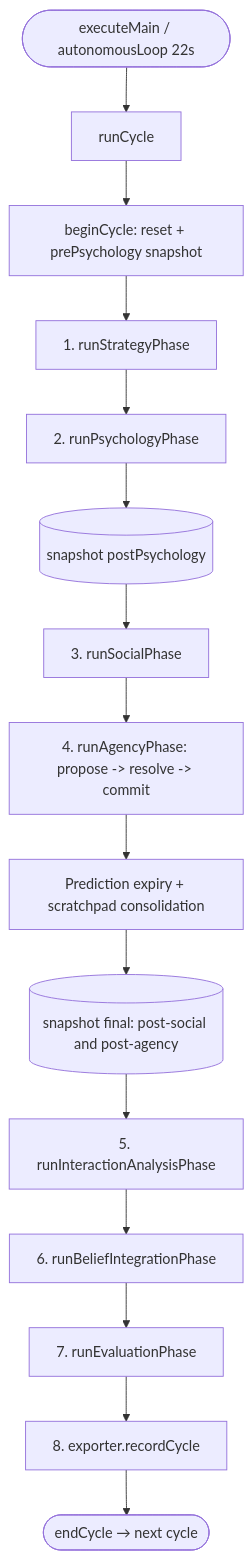
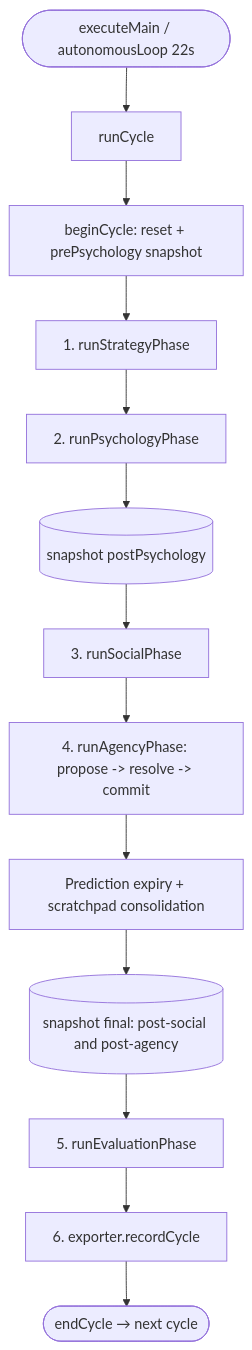
One commit to soyuz43/I-have-no-mouth-and-my-tokens-must-scream changed the first of 7 diagrams in Documentation/dataflow_full.md. Above: the diagram before and after it, drawn with Mermaid. The commit also changed other lines of this file and 18 other files, not shown here.

````diff
--- a/Documentation/dataflow_full.md
+++ b/Documentation/dataflow_full.md
@@ -7,17 +7,15 @@
 ```mermaid
 flowchart TD
     START([executeMain / autonomousLoop 22s]) --> CYCLE[runCycle]
     CYCLE --> BEGIN[beginCycle: reset + prePsychology snapshot]
     BEGIN --> STRAT[1. runStrategyPhase]
     STRAT --> PSY[2. runPsychologyPhase]
     PSY --> SNAP1[(snapshot postPsychology)]
     SNAP1 --> SOC[3. runSocialPhase]
     SOC --> AGENCY[4. runAgencyPhase: propose -> resolve -> commit]
     AGENCY --> MAINT[Prediction expiry + scratchpad consolidation]
     MAINT --> SNAP2[(snapshot final: post-social and post-agency)]
-    SNAP2 --> IA[5. runInteractionAnalysisPhase]
-    IA --> BI[6. runBeliefIntegrationPhase]
-    BI --> EVAL[7. runEvaluationPhase]
-    EVAL --> EXP[8. exporter.recordCycle]
+    SNAP2 --> EVAL[5. runEvaluationPhase]
+    EVAL --> EXP[6. exporter.recordCycle]
     EXP --> END([endCycle → next cycle])
 ```
````
